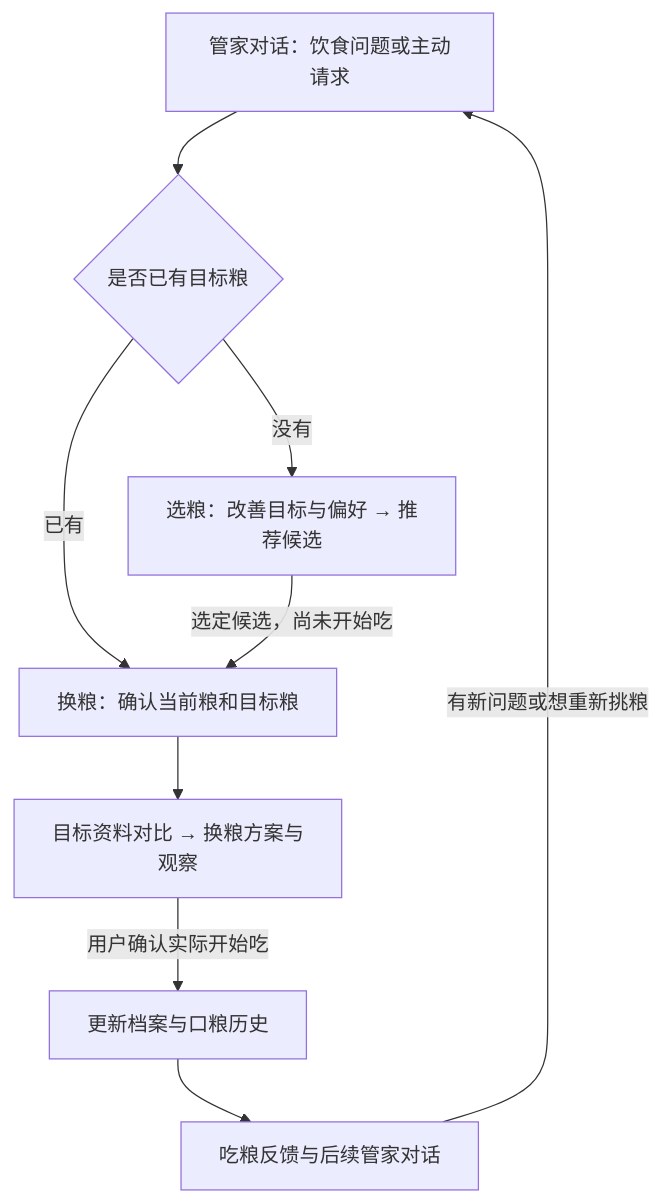
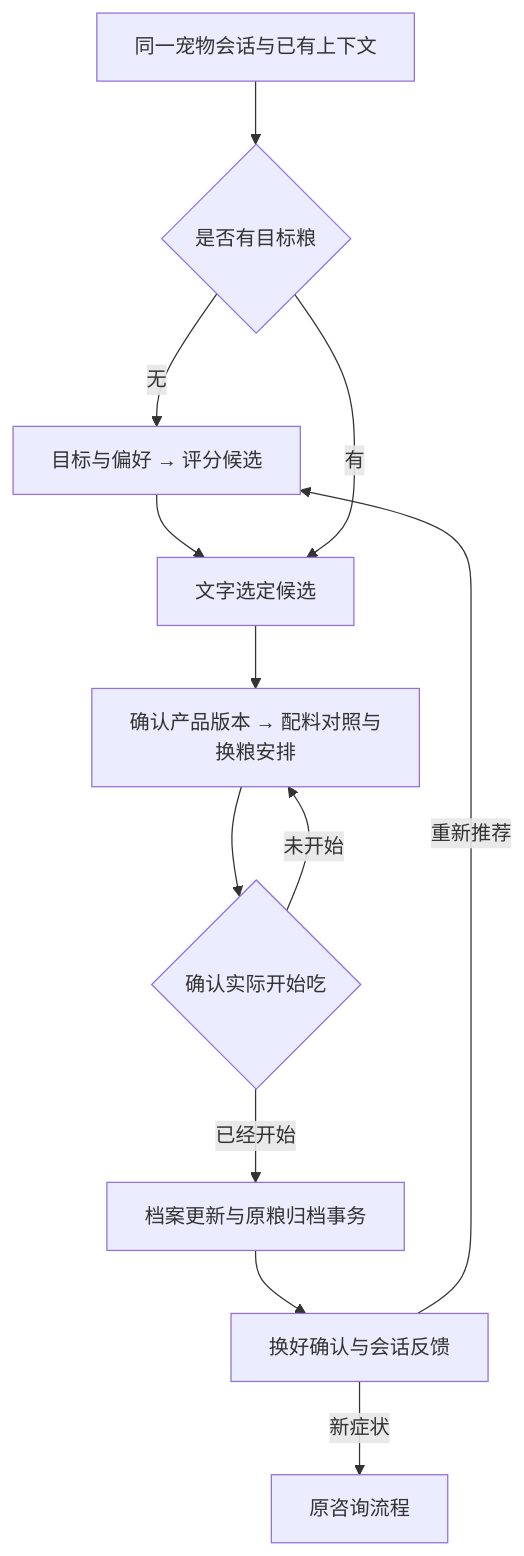
One commit to yougurt-cui/chongxi changed the diagram in docs/guardian-food-flow-integration.md. Above: the diagram before and after it, drawn with Mermaid. The commit also changed other lines of this file and 9 other files, not shown here.

Commit message:
feat: connect guardian food selection and confirmed switching flow

````diff
--- a/docs/guardian-food-flow-integration.md
+++ b/docs/guardian-food-flow-integration.md
@@ -25,11 +13,14 @@
 ```mermaid
 flowchart TD
-    A[管家对话：饮食问题或主动请求] --> B{是否已有目标粮}
-    B -->|没有| C[选粮：改善目标与偏好 → 推荐候选]
-    B -->|已有| D[换粮：确认当前粮和目标粮]
-    C -->|选定候选，尚未开始吃| D
-    D --> E[目标资料对比 → 换粮方案与观察]
-    E -->|用户确认实际开始吃| F[更新档案与口粮历史]
-    F --> G[吃粮反馈与后续管家对话]
-    G -->|有新问题或想重新挑粮| A
+    A[同一宠物会话与已有上下文] --> B{是否有目标粮}
+    B -->|无| C[目标与偏好 → 评分候选]
+    C --> D[文字选定候选]
+    B -->|有| D
+    D --> E[确认产品版本 → 配料对照与换粮安排]
+    E --> F{确认实际开始吃}
+    F -->|未开始| E
+    F -->|已经开始| G[档案更新与原粮归档事务]
+    G --> H[换好确认与会话反馈]
+    H -->|新症状| I[原咨询流程]
+    H -->|重新推荐| C
 ```
````
